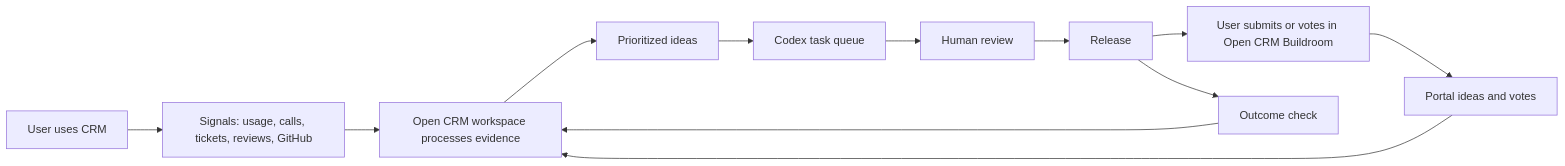
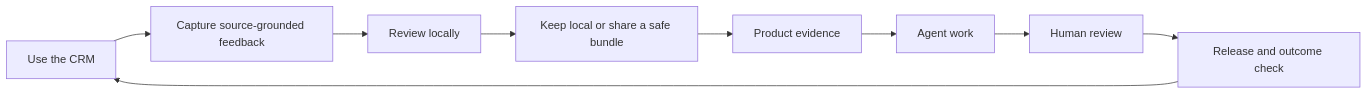
Before and after one commit to Zentrik-AI/zentrik-open-crm: the diagram in docs/outward-ecosystem.md, drawn with Mermaid. The commit also changed other lines of this file and 16 other files, not shown here.

````diff
--- a/docs/outward-ecosystem.md
+++ b/docs/outward-ecosystem.md
@@ -16,14 +6,11 @@
 ```mermaid
 flowchart LR
-  A["User uses CRM"] --> B["Signals: usage, calls, tickets, reviews, GitHub"]
-  C["User submits or votes in Open CRM Buildroom"] --> D["Portal ideas and votes"]
-  B --> E["Open CRM workspace processes evidence"]
-  D --> E
-  E --> F["Prioritized ideas"]
-  F --> G["Codex task queue"]
-  G --> H["Human review"]
-  H --> I["Release"]
-  I --> J["Outcome check"]
-  J --> E
-  I --> C
+  A["Use the CRM"] --> B["Capture source-grounded feedback"]
+  B --> C["Review locally"]
+  C --> D["Keep local or share a safe bundle"]
+  D --> E["Product evidence"]
+  E --> F["Agent work"]
+  F --> G["Human review"]
+  G --> H["Release and outcome check"]
+  H --> A
 ```
````
